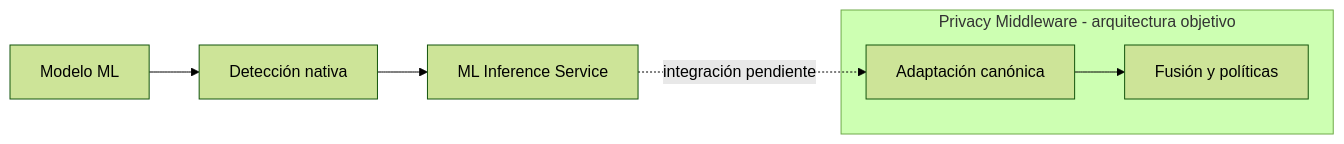
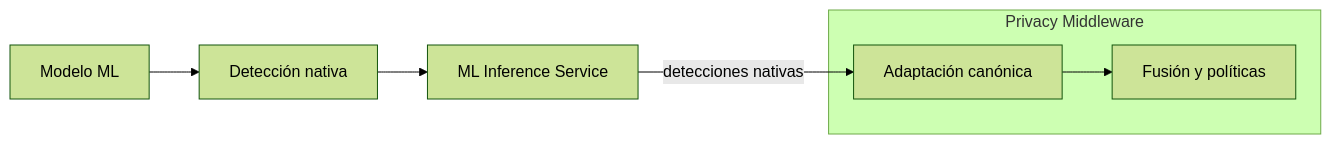
Before and after one commit to StivenJM/contextual-pii-anonymizer: the diagram in docs/architecture/backend/privacy-middleware/decisions/separacion-de-inferencia.md, drawn with Mermaid (forest theme). The commit also changed other lines of this file and 60 other files, not shown here.

````diff
--- a/docs/architecture/backend/privacy-middleware/decisions/separacion-de-inferencia.md
+++ b/docs/architecture/backend/privacy-middleware/decisions/separacion-de-inferencia.md
@@ -13,15 +13,15 @@
 ```mermaid
 flowchart LR
     Modelo[Modelo ML]
     Nativa[Detección nativa]
     Inferencia[ML Inference Service]
-    subgraph Middleware[Privacy Middleware - arquitectura objetivo]
+    subgraph Middleware[Privacy Middleware]
         Adaptacion[Adaptación canónica]
         Fusion[Fusión y políticas]
     end
 
     Modelo --> Nativa
     Nativa --> Inferencia
-    Inferencia -.->|integración pendiente| Adaptacion
+    Inferencia -->|detecciones nativas| Adaptacion
     Adaptacion --> Fusion
 ```
````
